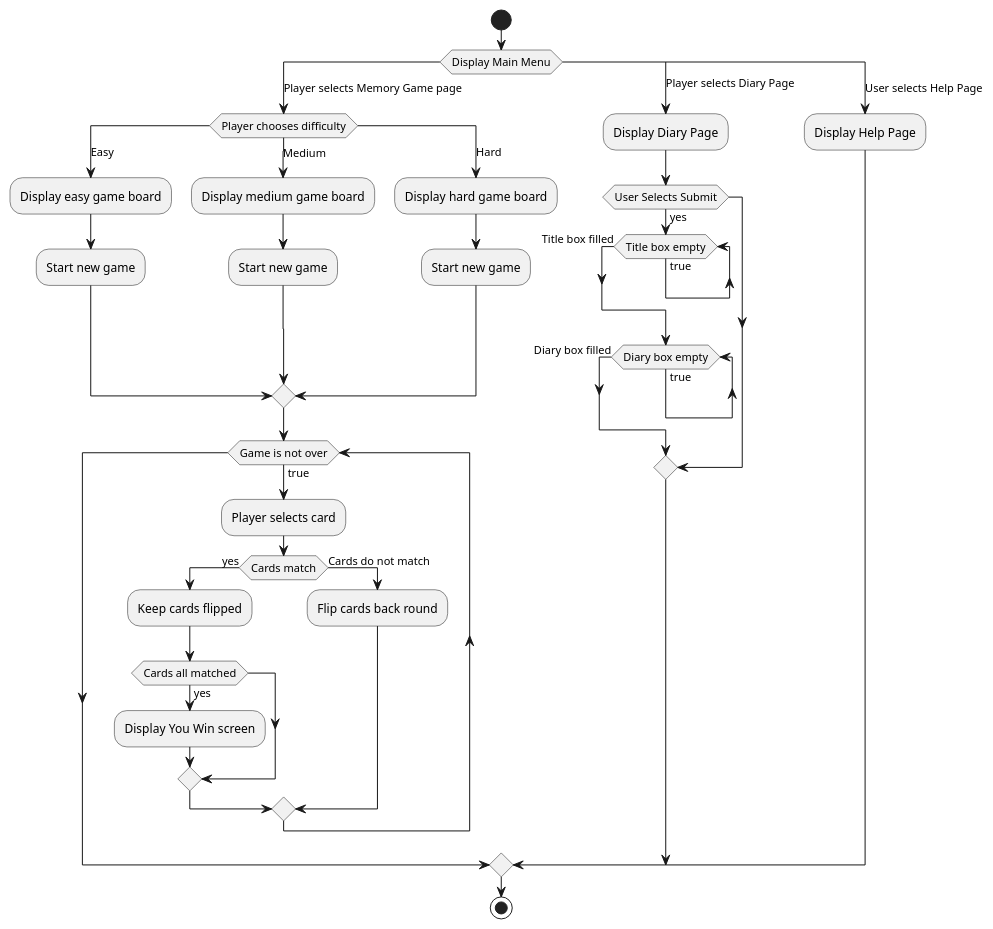
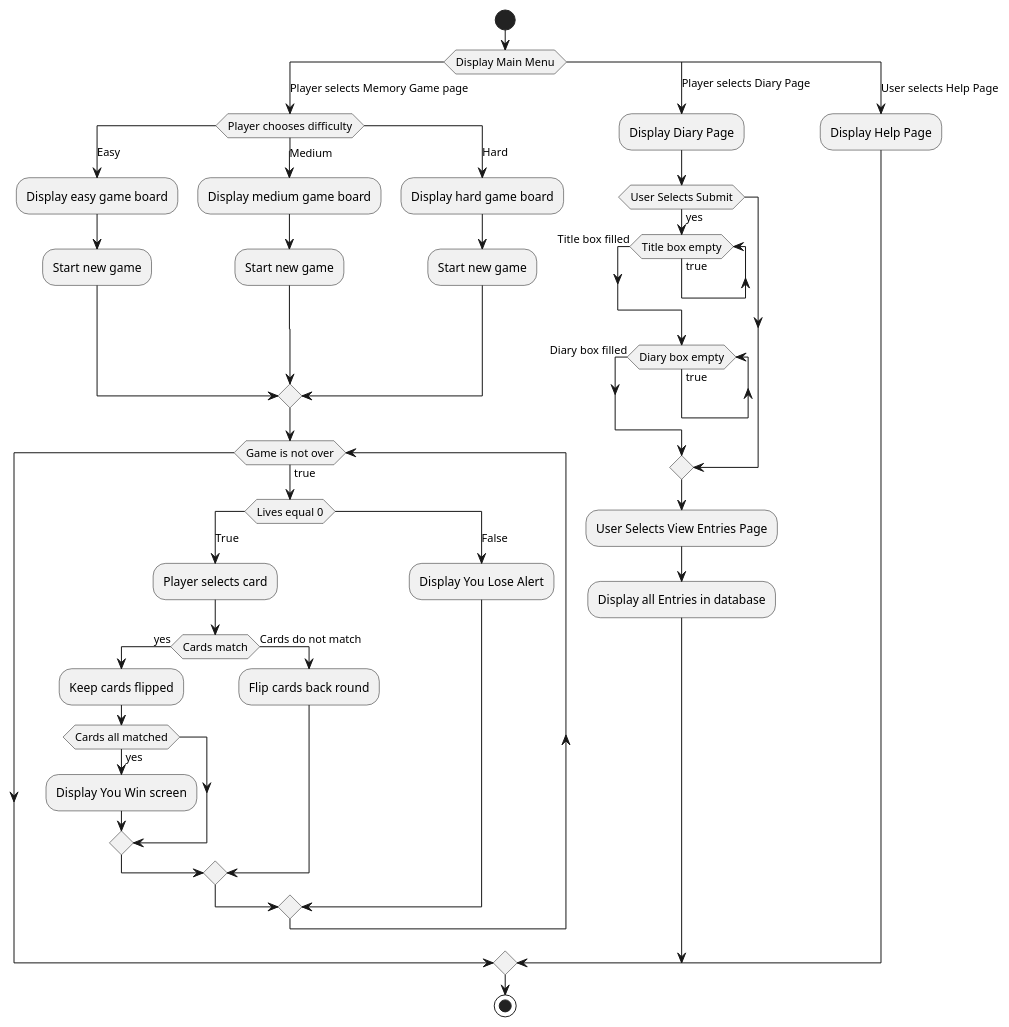
One commit to GeorgeWFunnell/Final-Year-Project changed the diagram in Diagrams/Activity-Diagram.puml. Above: the diagram before and after it, drawn with PlantUML. The commit also changed 1 other file, not shown here.

Commit message:
Activity Diagram Complete

```diff
--- a/Diagrams/Activity-Diagram.puml
+++ b/Diagrams/Activity-Diagram.puml
@@ -1,40 +1,48 @@
 @startuml Activity Diagram
 start
 
 switch (Display Main Menu)
    case (Player selects Memory Game page)
       switch (Player chooses difficulty)
          case (Easy)
             :Display easy game board;
             :Start new game;
          case (Medium)
             :Display medium game board;
             :Start new game;
          case (Hard)
             :Display hard game board;
             :Start new game;
       endswitch   
       while (Game is not over) is (true)
-         :Player selects card;
-         if (Cards match) then (yes)
-            :Keep cards flipped;
-            if (Cards all matched) then (yes)
-               :Display You Win screen;
-            endif
-         else (Cards do not match)
-            :Flip cards back round;
-         endif
+         switch (Lives equal 0)
+            case (True)
+               :Player selects card;
+               if (Cards match) then (yes)
+                  :Keep cards flipped;
+                  if (Cards all matched) then (yes)
+                     :Display You Win screen;
+                  endif
+               else (Cards do not match)
+                  :Flip cards back round;
+               endif
+            case (False)
+               :Display You Lose Alert;
+      endswitch
       endwhile
+      
    case (Player selects Diary Page)
       :Display Diary Page;
       if (User Selects Submit) then (yes)
          while (Title box empty) is (true)
          endwhile (Title box filled)
          while (Diary box empty) is (true)
          endwhile (Diary box filled)
       endif
+      :User Selects View Entries Page;
+      :Display all Entries in database;
    case (User selects Help Page)
       :Display Help Page;
    endswitch
 stop
 @enduml
```
